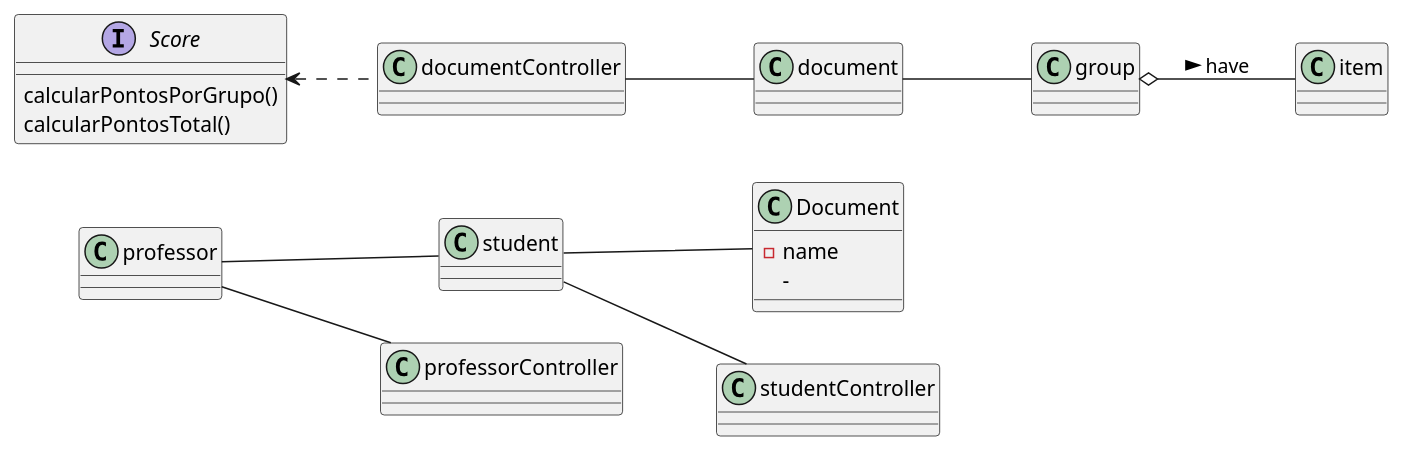
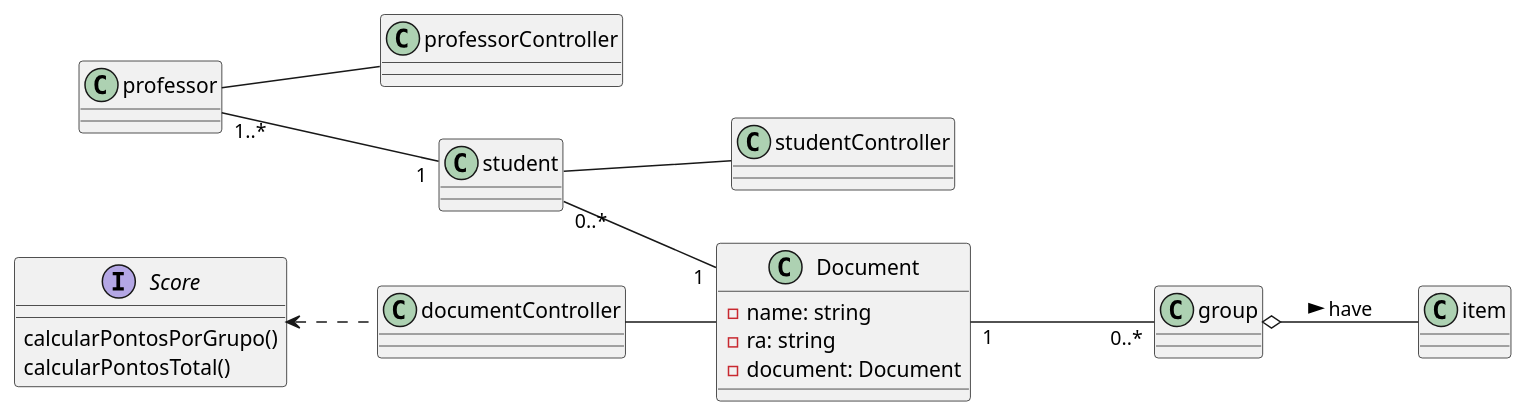
The diagram in classdiagram/CAdiagramclass.wsd (rodrigoRolim/CAdiagrams), drawn with PlantUML before and after one commit.

Commit message:
defined association and dependencies

```diff
--- a/classdiagram/CAdiagramclass.wsd
+++ b/classdiagram/CAdiagramclass.wsd
@@ -1,30 +1,31 @@
 @startuml
 left to right direction
 class Document {
-    -name
-    -
-
+    -name: string
+    -ra: string
+    -document: Document
 }
 class student
 class professor
 class group
 class item
 class documentController
 class studentController
 class professorController
+
 interface Score {
     calcularPontosPorGrupo()
     calcularPontosTotal()
 }
-document -- group
+Document "1" --- "0..*" group
 group o-- item: have >
-documentController -- document
+documentController -- Document
 
 student -- studentController
 professor -- professorController
+professor "1..*" -- "1" student
+student "0..*" -- "1" Document
 
-professor -- student
-student -- Document
 
 Score <.. documentController
 @enduml
```
